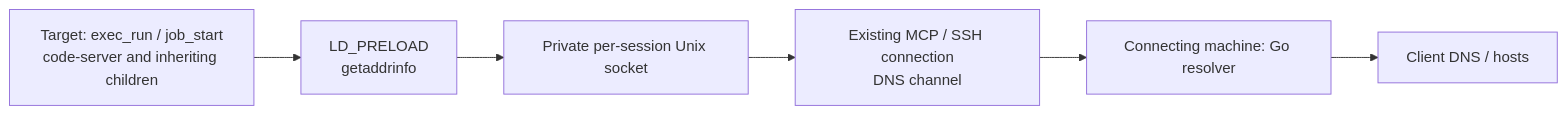
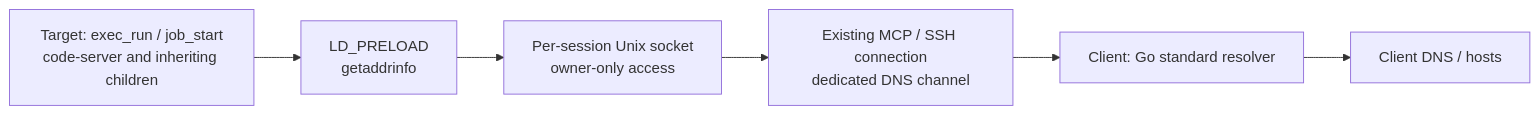
The first of 2 diagrams in docs/en/remote-dns.md (Hondarer/host-shell-mcp), drawn with Mermaid before and after one commit. The commit also changed other lines of this file and 13 other files, not shown here.

````diff
--- a/docs/en/remote-dns.md
+++ b/docs/en/remote-dns.md
@@ -8,8 +8,8 @@
 ```mermaid
 flowchart LR
     Process["Target: exec_run / job_start<br/>code-server and inheriting children"] --> Hook["LD_PRELOAD<br/>getaddrinfo"]
-    Hook --> Socket["Private per-session Unix socket"]
-    Socket --> Channel["Existing MCP / SSH connection<br/>DNS channel"]
-    Channel --> Resolver["Connecting machine: Go resolver"]
+    Hook --> Socket["Per-session Unix socket<br/>owner-only access"]
+    Socket --> Channel["Existing MCP / SSH connection<br/>dedicated DNS channel"]
+    Channel --> Resolver["Client: Go standard resolver"]
     Resolver --> DNS["Client DNS / hosts"]
 ```
````
